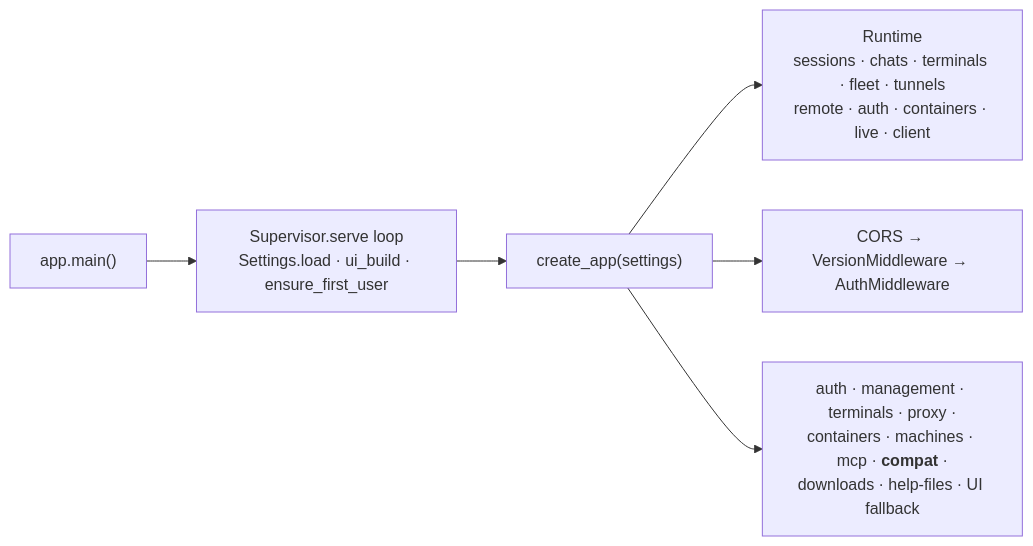
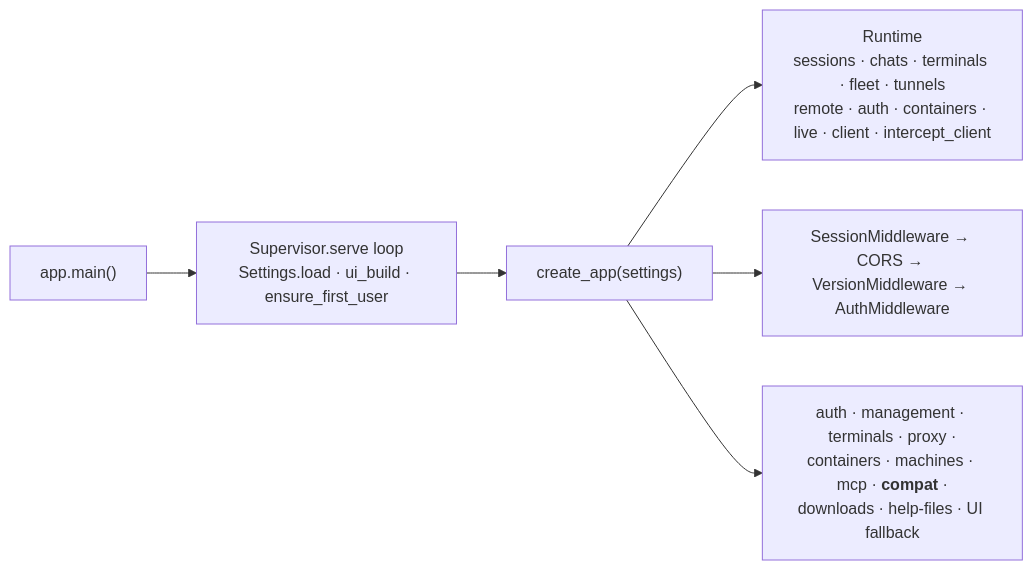
One commit to joeyenfield/ai-coding-agent-proxy changed the first of 2 diagrams in .context/server.md. Above: the diagram before and after it, drawn with Mermaid. The commit also changed other lines of this file and 55 other files, not shown here.

````diff
--- a/.context/server.md
+++ b/.context/server.md
@@ -18,8 +20,8 @@
 ```mermaid
 flowchart LR
   main["app.main()"] --> sup["Supervisor.serve loop<br/>Settings.load · ui_build · ensure_first_user"]
   sup --> create["create_app(settings)"]
-  create --> rt["Runtime<br/>sessions · chats · terminals · fleet · tunnels<br/>remote · auth · containers · live · client"]
-  create --> mw["CORS → VersionMiddleware → AuthMiddleware"]
+  create --> rt["Runtime<br/>sessions · chats · terminals · fleet · tunnels<br/>remote · auth · containers · live · client · intercept_client"]
+  create --> mw["SessionMiddleware → CORS → VersionMiddleware → AuthMiddleware"]
   create --> routers["auth · management · terminals · proxy ·<br/>containers · machines · mcp · <b>compat</b> ·<br/>downloads · help-files · UI fallback"]
 ```
````
